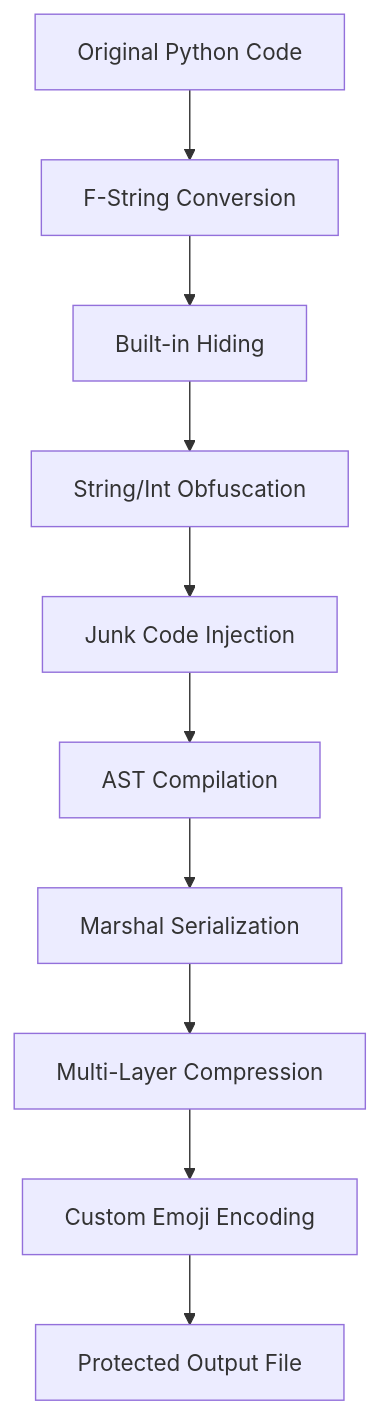
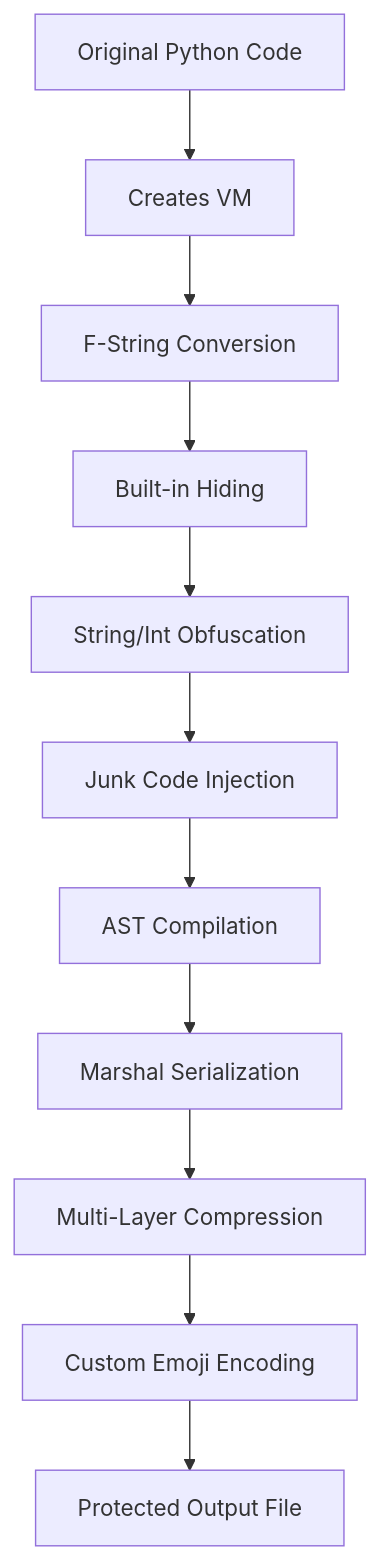
One commit to x7v8p3m2q9l0/Shenron changed the diagram in README.md. Above: the diagram before and after it, drawn with Mermaid.

Commit message:
forgot something in readme lmao

````diff
--- a/README.md
+++ b/README.md
@@ -111,12 +111,13 @@
 ```mermaid
 graph TD
-    A[Original Python Code] --> B[F-String Conversion]
-    B --> C[Built-in Hiding]
-    C --> D[String/Int Obfuscation]
-    D --> E[Junk Code Injection]
-    E --> F[AST Compilation]
-    F --> G[Marshal Serialization]
-    G --> H[Multi-Layer Compression]
-    H --> I[Custom Emoji Encoding]
-    I --> J[Protected Output File]
+    A[Original Python Code] --> B[Creates VM]
+    B --> C[F-String Conversion]
+    C --> D[Built-in Hiding]
+    D --> E[String/Int Obfuscation]
+    E --> F[Junk Code Injection]
+    F --> G[AST Compilation]
+    G --> H[Marshal Serialization]
+    H --> I[Multi-Layer Compression]
+    I --> J[Custom Emoji Encoding]
+    J --> K[Protected Output File]
 ```
````
